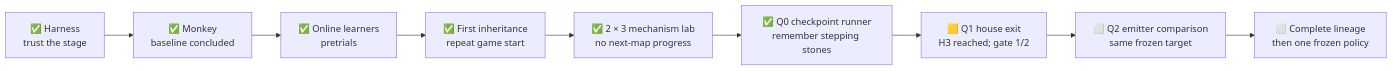
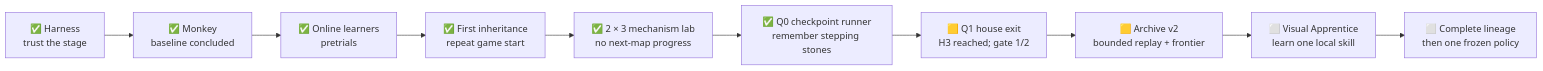
One commit to PeteAndrews1289/pokemon-red-ai changed the first of 2 diagrams in README.md. Above: the diagram before and after it, drawn with Mermaid. The commit also changed other lines of this file and 9 other files, not shown here.

````diff
--- a/README.md
+++ b/README.md
@@ -67,11 +74,12 @@
 ```mermaid
 flowchart LR
     P0["✅ Harness<br/>trust the stage"] --> B0["✅ Monkey<br/>baseline concluded"]
     B0 --> B2["✅ Online learners<br/>pretrials"]
     B2 --> B1["✅ First inheritance<br/>repeat game start"]
     B1 --> EV["✅ 2 × 3 mechanism lab<br/>no next-map progress"]
     EV --> EX["✅ Q0 checkpoint runner<br/>remember stepping stones"]
     EX --> Q1["🟨 Q1 house exit<br/>H3 reached; gate 1/2"]
-    Q1 --> EM["⬜ Q2 emitter comparison<br/>same frozen target"]
+    Q1 --> SC["🟨 Archive v2<br/>bounded replay + frontier"]
+    SC --> EM["⬜ Visual Apprentice<br/>learn one local skill"]
     EM --> FR["⬜ Complete lineage<br/>then one frozen policy"]
 ```
````
